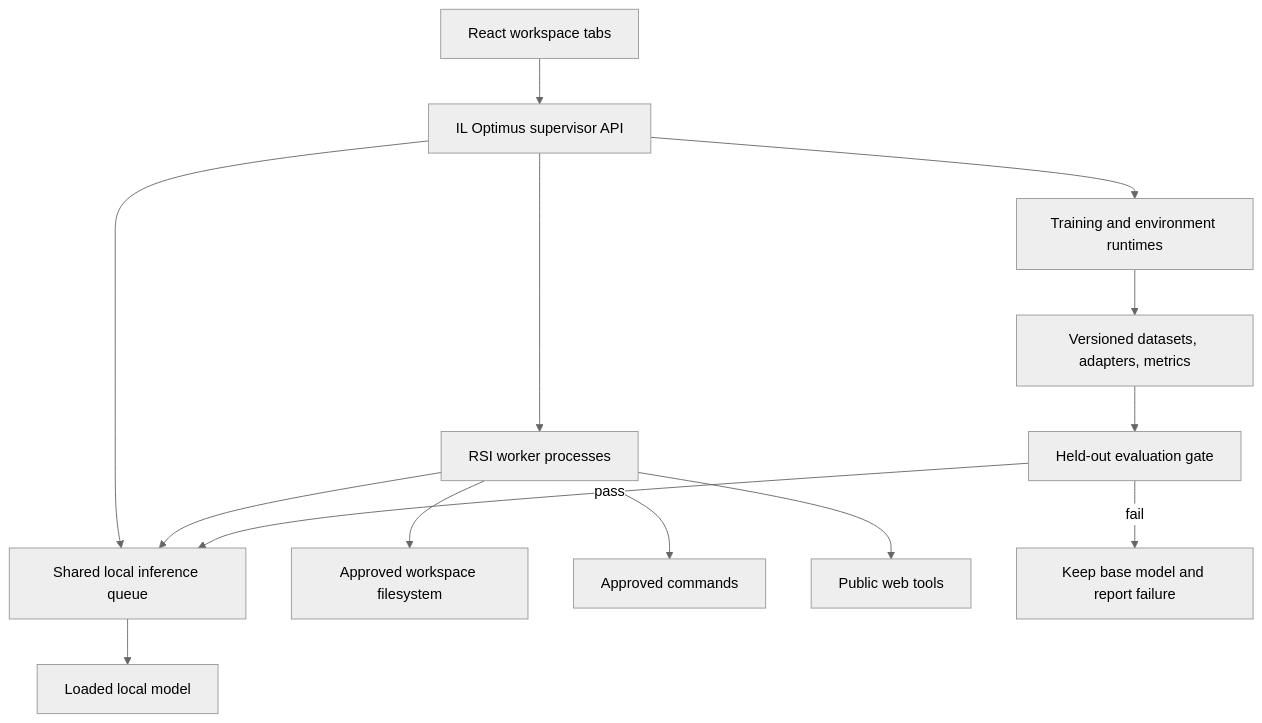
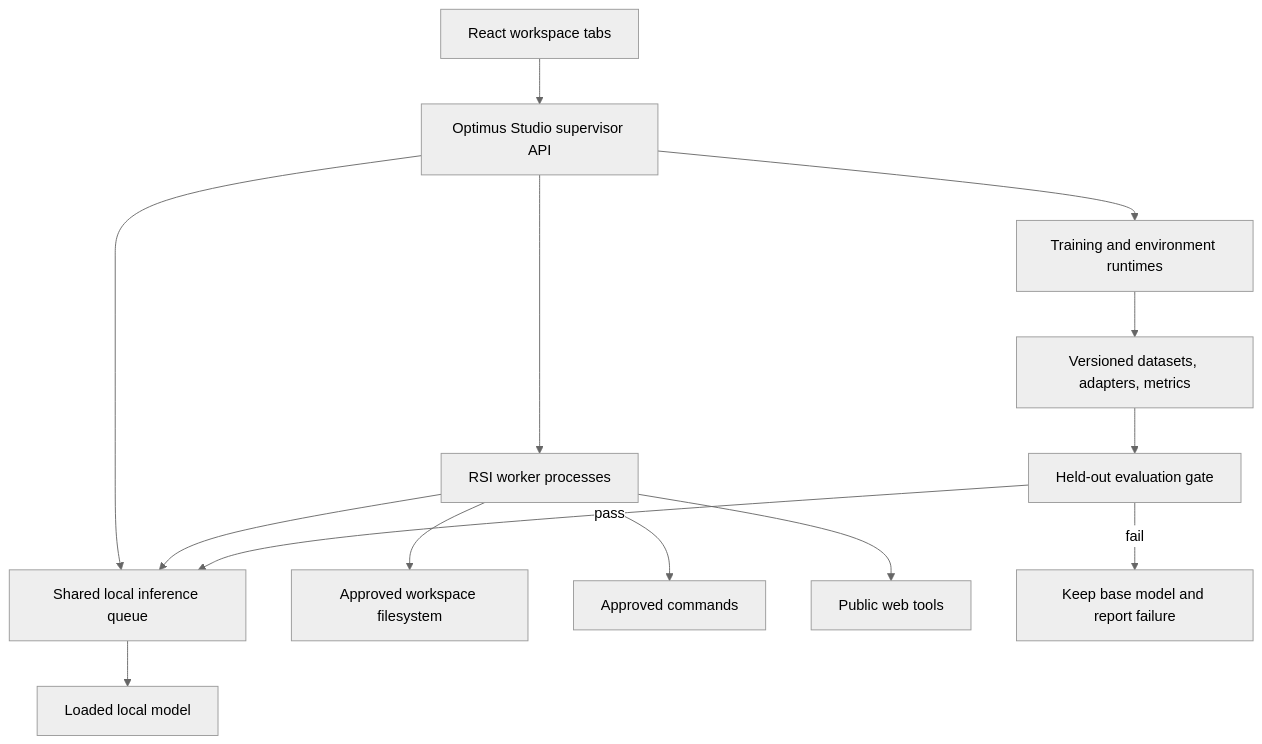
The second of 2 diagrams in docs/RSI_ROADMAP.md (Vaskrokodile/iloptimus), drawn with Mermaid (neutral theme) before and after one commit. The commit also changed other lines of this file and 30 other files, not shown here.

First line of the commit message:
Rename to Optimus Studio: full local harness for open-source models (IL + PQLoRA)

````diff
--- a/docs/RSI_ROADMAP.md
+++ b/docs/RSI_ROADMAP.md
@@ -65,16 +65,16 @@
 ```mermaid
 flowchart TB
-    UI["React workspace tabs"] --> API["IL Optimus supervisor API"]
+    UI["React workspace tabs"] --> API["Optimus Studio supervisor API"]
     API --> IQ["Shared local inference queue"]
     API --> PW["RSI worker processes"]
     API --> TR["Training and environment runtimes"]
     PW --> IQ
     PW --> FS["Approved workspace filesystem"]
     PW --> SH["Approved commands"]
     PW --> WEB["Public web tools"]
     IQ --> MODEL["Loaded local model"]
     TR --> DATA["Versioned datasets, adapters, metrics"]
     DATA --> GATE["Held-out evaluation gate"]
     GATE -->|"pass"| IQ
     GATE -->|"fail"| ROLLBACK["Keep base model and report failure"]
 ```
````
